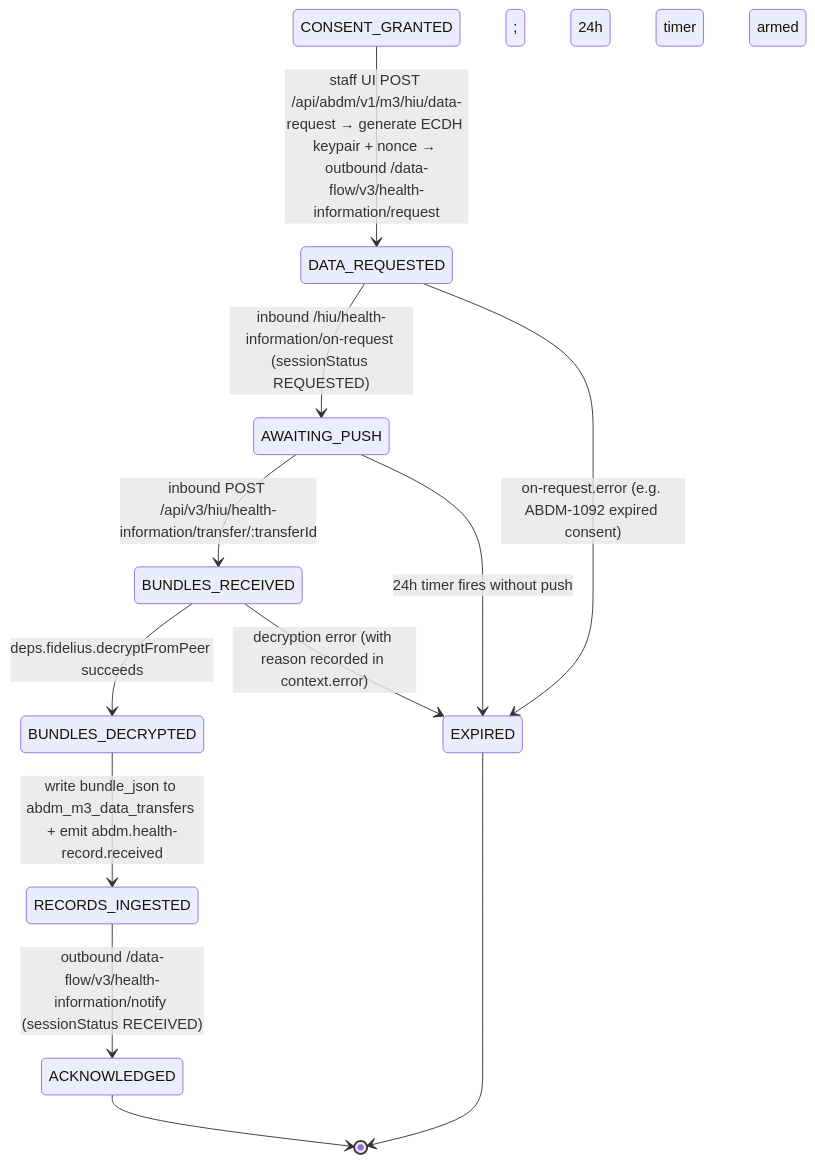
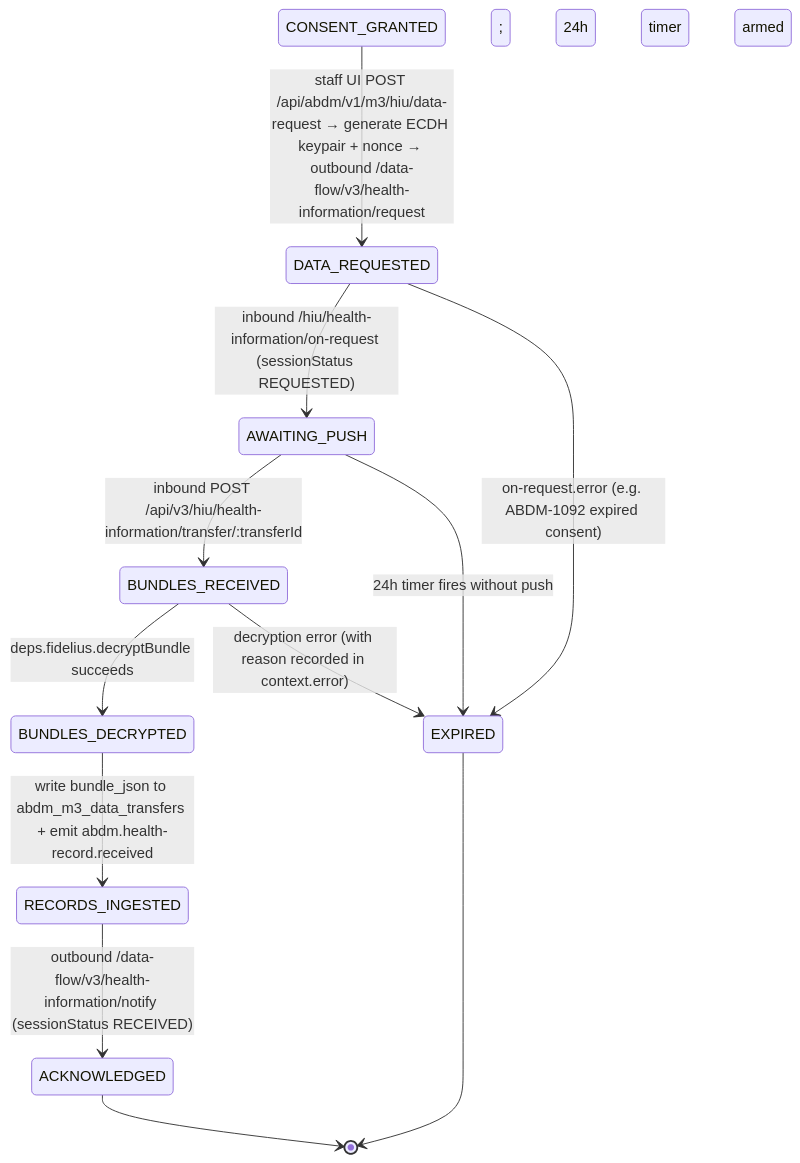
One commit to IQ-Line/HospitalSaarthi changed the second of 3 diagrams in docs/architecture/lld/abdm-adapter/08-m3-flows.md. Above: the diagram before and after it, drawn with Mermaid. The commit also changed other lines of this file and 32 other files, not shown here.

````diff
--- a/docs/architecture/lld/abdm-adapter/08-m3-flows.md
+++ b/docs/architecture/lld/abdm-adapter/08-m3-flows.md
@@ -297,14 +297,14 @@
 ```mermaid
 stateDiagram-v2
   CONSENT_GRANTED --> DATA_REQUESTED: staff UI POST /api/abdm/v1/m3/hiu/data-request → generate ECDH keypair + nonce → outbound /data-flow/v3/health-information/request
   DATA_REQUESTED --> AWAITING_PUSH: inbound /hiu/health-information/on-request (sessionStatus REQUESTED); 24h timer armed
   DATA_REQUESTED --> EXPIRED: on-request.error (e.g. ABDM-1092 expired consent)
   AWAITING_PUSH --> BUNDLES_RECEIVED: inbound POST /api/v3/hiu/health-information/transfer/:transferId
   AWAITING_PUSH --> EXPIRED: 24h timer fires without push
-  BUNDLES_RECEIVED --> BUNDLES_DECRYPTED: deps.fidelius.decryptFromPeer succeeds
+  BUNDLES_RECEIVED --> BUNDLES_DECRYPTED: deps.fidelius.decryptBundle succeeds
   BUNDLES_RECEIVED --> EXPIRED: decryption error (with reason recorded in context.error)
   BUNDLES_DECRYPTED --> RECORDS_INGESTED: write bundle_json to abdm_m3_data_transfers + emit abdm.health-record.received
   RECORDS_INGESTED --> ACKNOWLEDGED: outbound /data-flow/v3/health-information/notify (sessionStatus RECEIVED)
   ACKNOWLEDGED --> [*]
   EXPIRED --> [*]
 ```
````
